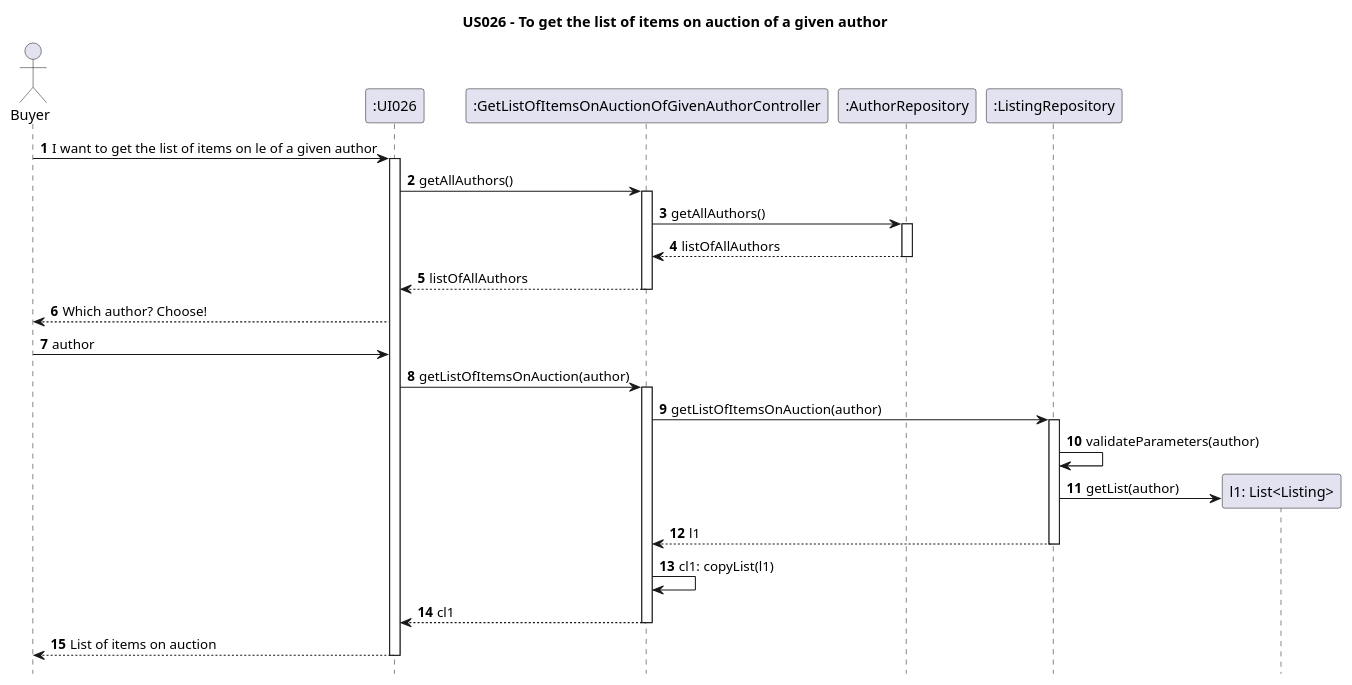
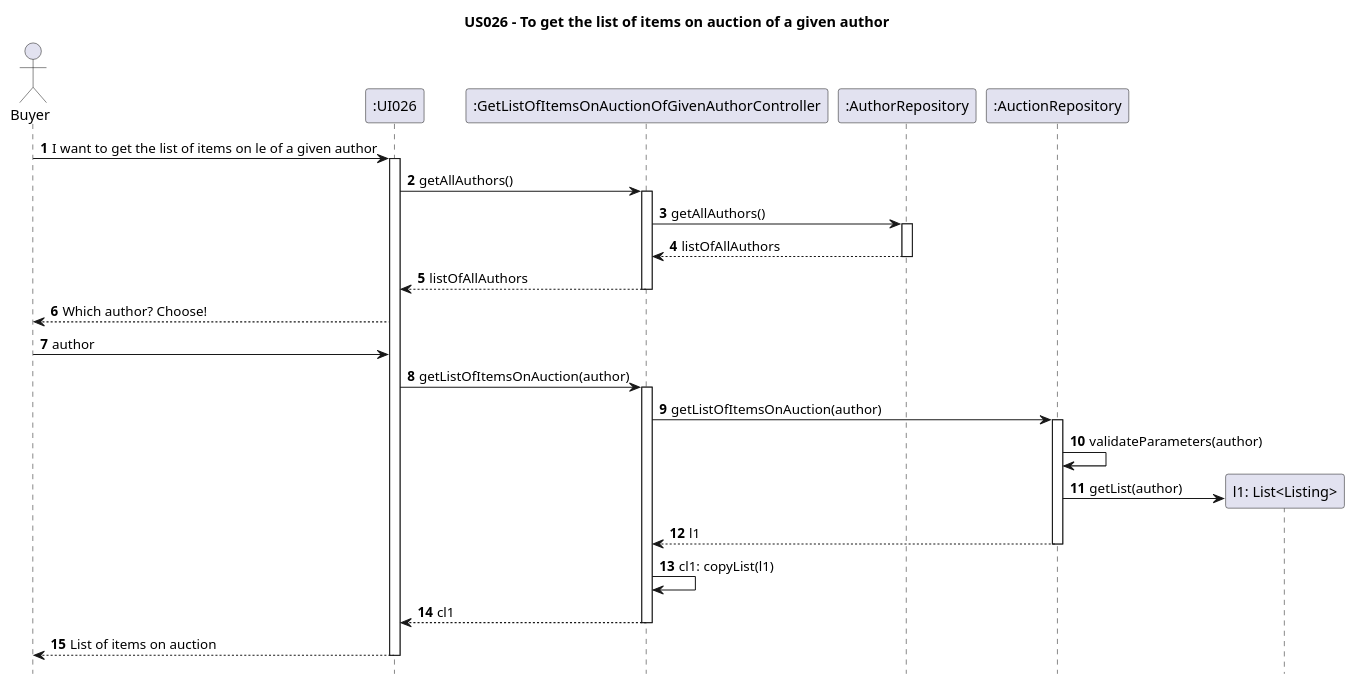
One commit to AndrePereiraGitH/SWitCH-Project-Team_A changed the diagram in Diagrams/SequenceDiagrams/N2/US026-to-get-the-list-of-items-on-auction-of-a-given-author.puml. Above: the diagram before and after it, drawn with PlantUML. The commit also changed 3 other files, not shown here.

```diff
--- a/Diagrams/SequenceDiagrams/N2/US026-to-get-the-list-of-items-on-auction-of-a-given-author.puml
+++ b/Diagrams/SequenceDiagrams/N2/US026-to-get-the-list-of-items-on-auction-of-a-given-author.puml
@@ -1,52 +1,52 @@
 @startuml
 
 hide footbox
 autonumber
 title US026 - To get the list of items on auction of a given author
 
 actor Buyer
 participant ":UI026" as UI026
 
 participant ":GetListOfItemsOnAuctionOfGivenAuthorController" as GetListOfItemsOnAuctionOfGivenAuthorController
 
 participant ":AuthorRepository" as AuthorRepository
 
-participant ":ListingRepository" as ListingRepository
+participant ":AuctionRepository" as AuctionRepository
 
 Buyer -> UI026 : I want to get the list of items on le of a given author
 activate UI026
 UI026 -> GetListOfItemsOnAuctionOfGivenAuthorController : getAllAuthors()
 activate GetListOfItemsOnAuctionOfGivenAuthorController
 GetListOfItemsOnAuctionOfGivenAuthorController -> AuthorRepository: getAllAuthors()
 activate AuthorRepository
 AuthorRepository --> GetListOfItemsOnAuctionOfGivenAuthorController: listOfAllAuthors
 deactivate AuthorRepository
 GetListOfItemsOnAuctionOfGivenAuthorController --> UI026 : listOfAllAuthors
 deactivate GetListOfItemsOnAuctionOfGivenAuthorController
 Buyer <-- UI026 : Which author? Choose!
 Buyer -> UI026 : author
 
 UI026 -> GetListOfItemsOnAuctionOfGivenAuthorController : getListOfItemsOnAuction(author)
 activate GetListOfItemsOnAuctionOfGivenAuthorController
 
-GetListOfItemsOnAuctionOfGivenAuthorController -> ListingRepository : getListOfItemsOnAuction(author)
-activate ListingRepository
+GetListOfItemsOnAuctionOfGivenAuthorController -> AuctionRepository : getListOfItemsOnAuction(author)
+activate AuctionRepository
 
 
-ListingRepository -> ListingRepository : validateParameters(author)
+AuctionRepository -> AuctionRepository : validateParameters(author)
 
 create "l1: List<Listing>" as Listing
-ListingRepository -> Listing : getList(author)
+AuctionRepository -> Listing : getList(author)
 
-ListingRepository --> GetListOfItemsOnAuctionOfGivenAuthorController : l1
-deactivate ListingRepository
+AuctionRepository --> GetListOfItemsOnAuctionOfGivenAuthorController : l1
+deactivate AuctionRepository
 
 GetListOfItemsOnAuctionOfGivenAuthorController -> GetListOfItemsOnAuctionOfGivenAuthorController : cl1: copyList(l1)
 
 GetListOfItemsOnAuctionOfGivenAuthorController --> UI026 : cl1
 deactivate GetListOfItemsOnAuctionOfGivenAuthorController
 
 UI026 --> Buyer : List of items on auction
 deactivate UI026
 
 @enduml
```
